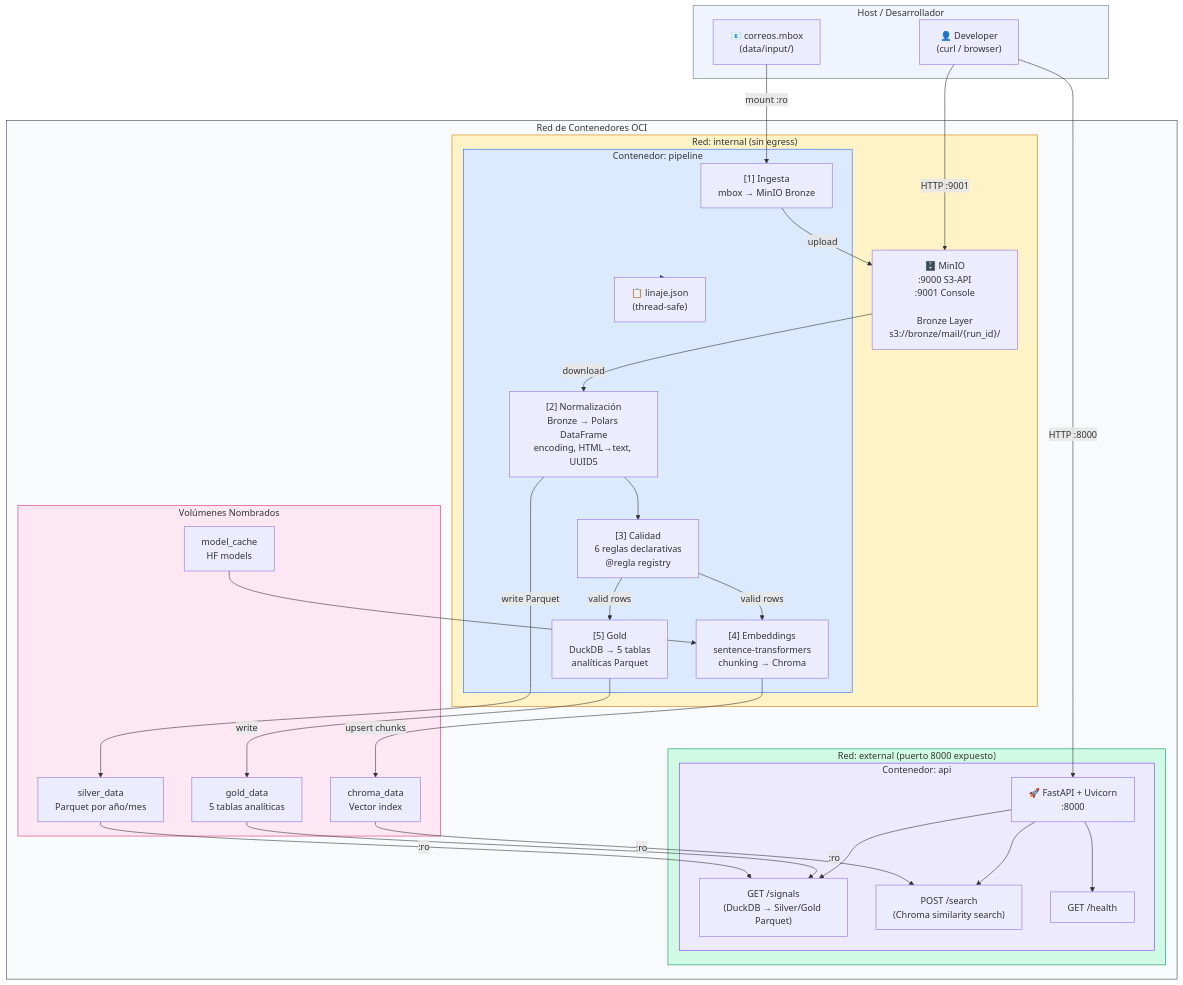
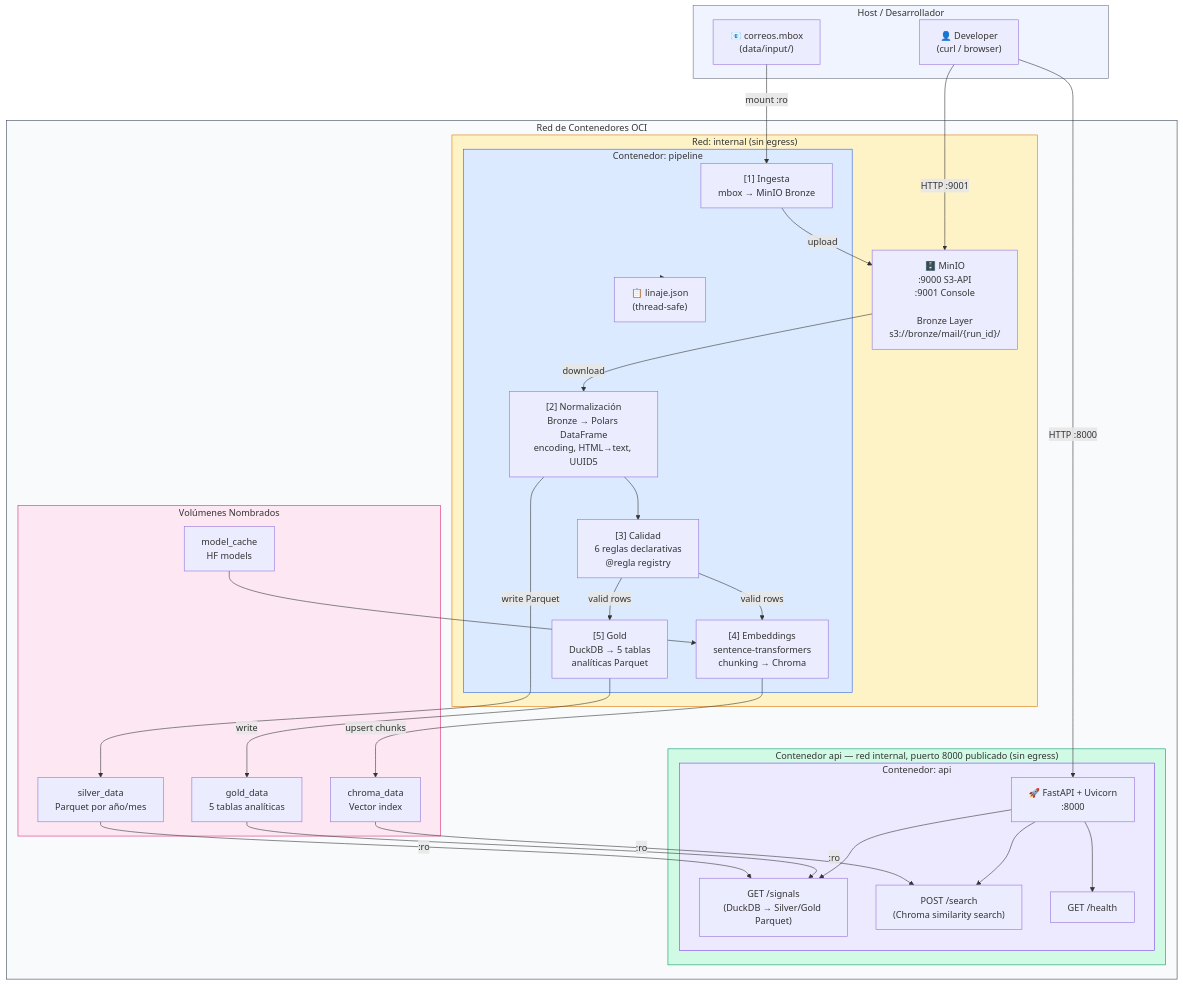
The first of 2 diagrams in README.md (altairBASIC/infra-personaldata), drawn with Mermaid before and after one commit. The commit also changed other lines of this file and 2 other files, not shown here.

First line of the commit message:
fix(infra): no-egress real — modelo horneado en build y servicios solo en red internal

````diff
--- a/README.md
+++ b/README.md
@@ -131,69 +131,69 @@
 ```mermaid
 graph TB
     subgraph HOST["Host / Desarrollador"]
         MBOX["📧 correos.mbox<br/>(data/input/)"]
         DEVUSER["👤 Developer<br/>(curl / browser)"]
     end
 
     subgraph CONTAINERS["Red de Contenedores OCI"]
         subgraph INTERNAL["Red: internal (sin egress)"]
             MINIO["🗄️ MinIO<br/>:9000 S3-API<br/>:9001 Console<br/><br/>Bronze Layer<br/>s3://bronze/mail/{run_id}/"]
 
             subgraph PIPELINE["Contenedor: pipeline"]
                 INGESTA["[1] Ingesta<br/>mbox → MinIO Bronze"]
                 NORMALIZA["[2] Normalización<br/>Bronze → Polars DataFrame<br/>encoding, HTML→text, UUID5"]
                 CALIDAD["[3] Calidad<br/>6 reglas declarativas<br/>@regla registry"]
                 EMBEDDINGS["[4] Embeddings<br/>sentence-transformers<br/>chunking → Chroma"]
                 GOLD["[5] Gold<br/>DuckDB → 5 tablas<br/>analíticas Parquet"]
                 LINAJE["📋 linaje.json<br/>(thread-safe)"]
             end
         end
 
-        subgraph EXTERNAL["Red: external (puerto 8000 expuesto)"]
+        subgraph EXTERNAL["Contenedor api — red internal, puerto 8000 publicado (sin egress)"]
             subgraph API["Contenedor: api"]
                 FASTAPI["🚀 FastAPI + Uvicorn<br/>:8000"]
                 CONSULTA["GET /signals<br/>(DuckDB → Silver/Gold Parquet)"]
                 BUSQUEDA["POST /search<br/>(Chroma similarity search)"]
                 HEALTH["GET /health"]
             end
         end
 
         subgraph VOLUMES["Volúmenes Nombrados"]
             SILVER_VOL["silver_data<br/>Parquet por año/mes"]
             GOLD_VOL["gold_data<br/>5 tablas analíticas"]
             CHROMA_VOL["chroma_data<br/>Vector index"]
             CACHE_VOL["model_cache<br/>HF models"]
         end
     end
 
     MBOX -->|"mount :ro"| INGESTA
     INGESTA -->|"upload"| MINIO
     MINIO -->|"download"| NORMALIZA
     NORMALIZA --> CALIDAD
     CALIDAD -->|"valid rows"| EMBEDDINGS
     CALIDAD -->|"valid rows"| GOLD
     EMBEDDINGS -->|"upsert chunks"| CHROMA_VOL
     GOLD -->|"write"| GOLD_VOL
     NORMALIZA -->|"write Parquet"| SILVER_VOL
     PIPELINE --> LINAJE
 
     SILVER_VOL -->|":ro"| CONSULTA
     GOLD_VOL -->|":ro"| CONSULTA
     CHROMA_VOL -->|":ro"| BUSQUEDA
     CACHE_VOL --> EMBEDDINGS
 
     FASTAPI --> CONSULTA
     FASTAPI --> BUSQUEDA
     FASTAPI --> HEALTH
 
     DEVUSER -->|"HTTP :8000"| FASTAPI
     DEVUSER -->|"HTTP :9001"| MINIO
 
     style HOST fill:#f0f4ff,stroke:#6b7280
     style CONTAINERS fill:#f9fafb,stroke:#374151
     style INTERNAL fill:#fef3c7,stroke:#d97706
     style EXTERNAL fill:#d1fae5,stroke:#059669
     style PIPELINE fill:#dbeafe,stroke:#2563eb
     style API fill:#ede9fe,stroke:#7c3aed
     style VOLUMES fill:#fce7f3,stroke:#db2777
 ```
````
